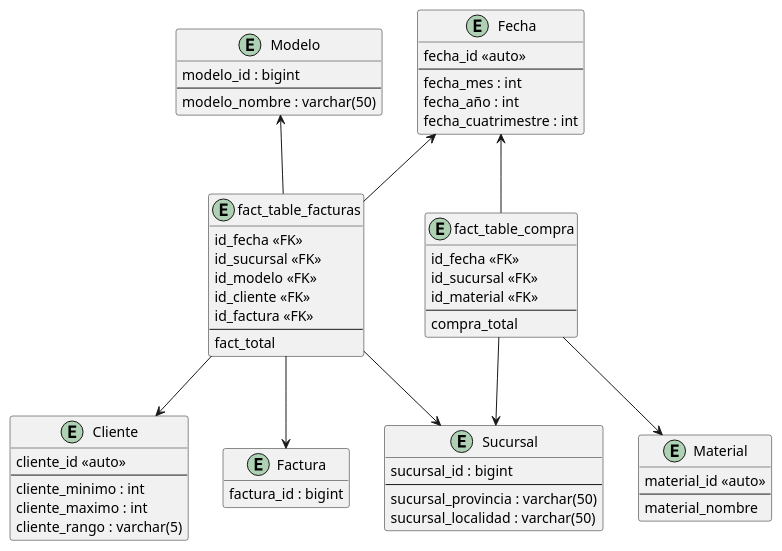
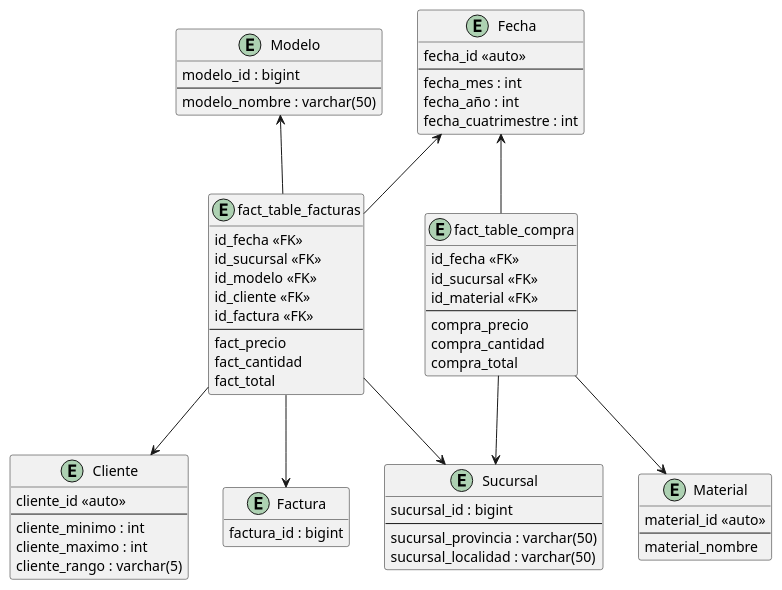
The diagram in BI.puml (JuanManuelRama/BasesDeDatos), drawn with PlantUML before and after one commit. The commit also changed 1 other file, not shown here.

```diff
--- a/BI.puml
+++ b/BI.puml
@@ -1,74 +1,78 @@
 @startuml BI
 hide methods
 
 entity Sucursal {
     sucursal_id : bigint
     --
     sucursal_provincia : varchar(50)
     sucursal_localidad : varchar(50)
 }
 
 entity Cliente {
     cliente_id <<auto>>
     --
     cliente_minimo : int
     cliente_maximo : int
     cliente_rango : varchar(5)
 }
 
 entity Modelo {
     modelo_id : bigint
     --
     modelo_nombre : varchar(50)
 }
 
 entity Fecha {
     fecha_id <<auto>>
     --
     fecha_mes : int
     fecha_año : int
     fecha_cuatrimestre : int
 }
 
 entity Factura {
     factura_id : bigint
 }
 
 entity Material {
     material_id <<auto>>
     --
     material_nombre
 }
 
 entity fact_table_facturas {
     id_fecha <<FK>>
     id_sucursal <<FK>>
     id_modelo <<FK>>
     id_cliente <<FK>>
     id_factura <<FK>>
     --
+    fact_precio
+    fact_cantidad
     fact_total
 }
 
 entity fact_table_compra {
     id_fecha <<FK>>
     id_sucursal <<FK>>
     id_material <<FK>>
     --
+    compra_precio
+    compra_cantidad
     compra_total
 }
 
 fact_table_facturas --> Cliente
 fact_table_facturas --> Sucursal
 Fecha <-- fact_table_facturas
 Modelo <-- fact_table_facturas
 fact_table_facturas --> Factura
 
 Fecha <-- fact_table_compra
 fact_table_compra --> Sucursal
 fact_table_compra --> Material
 
 
 
 
 @enduml
```
